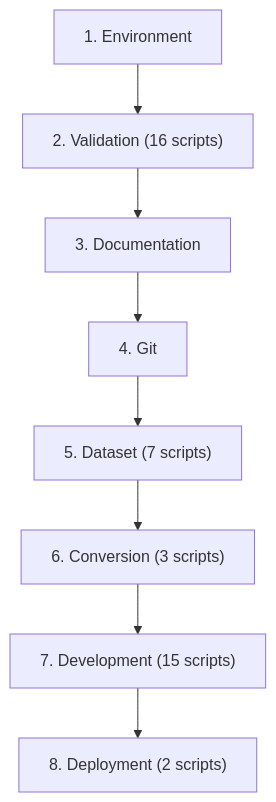
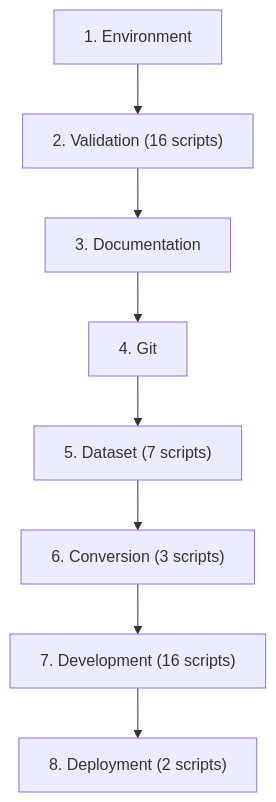
One commit to chanuka8/argus-gait-recognition changed the second of 3 diagrams in scripts/README.md. Above: the diagram before and after it, drawn with Mermaid. The commit also changed other lines of this file and 1 other file, not shown here.

Commit message:
Update README for current ARGUS architecture and evaluation status

````diff
--- a/scripts/README.md
+++ b/scripts/README.md
@@ -714,18 +741,18 @@
 ```mermaid
 flowchart TD
     step1["1. Environment"]
     step2["2. Validation (16 scripts)"]
     step1 --> step2
     step3["3. Documentation"]
     step2 --> step3
     step4["4. Git"]
     step3 --> step4
     step5["5. Dataset (7 scripts)"]
     step4 --> step5
     step6["6. Conversion (3 scripts)"]
     step5 --> step6
-    step7["7. Development (15 scripts)"]
+    step7["7. Development (16 scripts)"]
     step6 --> step7
     step8["8. Deployment (2 scripts)"]
     step7 --> step8
 ```
````
